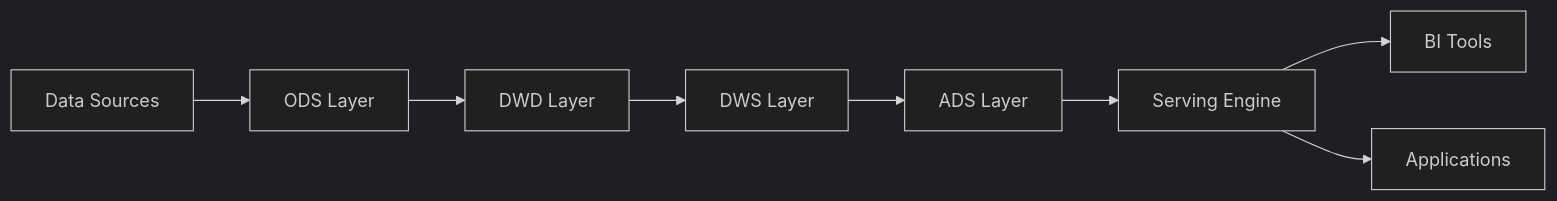
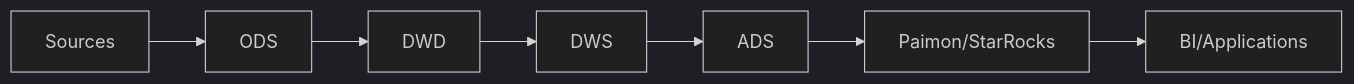
The diagram in en/realtime-data-warehouse-architecture.md (AdaMartin18010/AnalysisDataFlow), drawn with Mermaid (dark theme) before and after one commit. The commit also changed other lines of this file and 78 other files, not shown here.

````diff
--- a/en/realtime-data-warehouse-architecture.md
+++ b/en/realtime-data-warehouse-architecture.md
@@ -56,10 +106,9 @@
 ```mermaid
 graph LR
-    Sources[Data Sources] --> ODS[ODS Layer]
-    ODS --> DWD[DWD Layer]
-    DWD --> DWS[DWS Layer]
-    DWS --> ADS[ADS Layer]
-    ADS --> Serving[Serving Engine]
-    Serving --> BI[BI Tools]
-    Serving --> Apps[Applications]
+    A[Sources] --> B[ODS]
+    B --> C[DWD]
+    C --> D[DWS]
+    D --> E[ADS]
+    E --> F[Paimon/StarRocks]
+    F --> G[BI/Applications]
 ```
````
